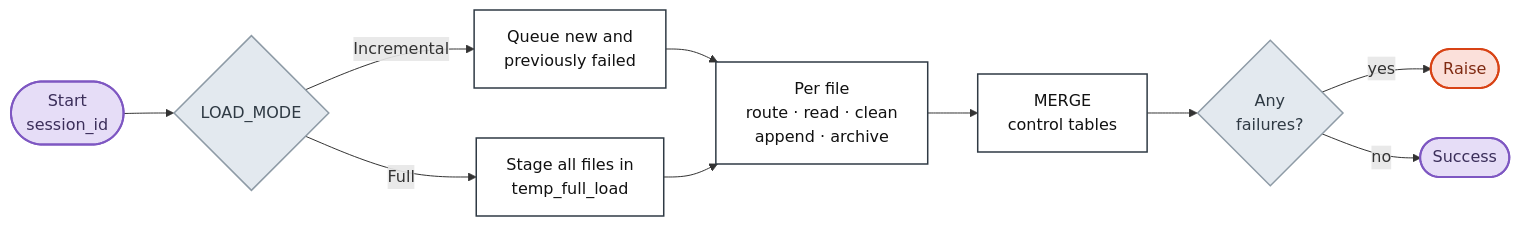
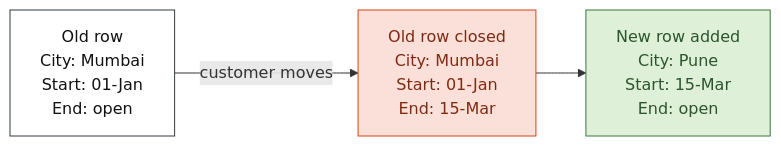
The third of 4 diagrams in README.md (ghanshyamhadiya/Supply_chain), drawn with Mermaid before and after one commit. The commit also changed other lines of this file, not shown here.

````diff
--- a/README.md
+++ b/README.md
@@ -82,22 +109,12 @@
 ```mermaid
 flowchart LR
-    A(["Start<br/>session_id"]) --> B{"LOAD_MODE"}
-    B -->|Incremental| C["Queue new and<br/>previously failed"]
-    B -->|Full| D["Stage all files in<br/>temp_full_load"]
-    C --> E["Per file<br/>route · read · clean<br/>append · archive"]
-    D --> E
-    E --> F["MERGE<br/>control tables"]
-    F --> G{"Any<br/>failures?"}
-    G -->|yes| H(["Raise"])
-    G -->|no| I(["Success"])
+    A["Old row<br/>City: Mumbai<br/>Start: 01-Jan<br/>End: open"] -->|"customer moves"| B["Old row closed<br/>City: Mumbai<br/>Start: 01-Jan<br/>End: 15-Mar"]
+    B --> C["New row added<br/>City: Pune<br/>Start: 15-Mar<br/>End: open"]
 
-    classDef step fill:#FFFFFF,stroke:#2F3A44,stroke-width:1.5px,color:#111111
-    classDef dec fill:#E3E9EF,stroke:#8E9BA6,stroke-width:1.5px,color:#2F3A44
-    classDef term fill:#E6DDF7,stroke:#7E57C2,stroke-width:2px,color:#3B2E5A
-    classDef bad fill:#FBE0DA,stroke:#D84315,stroke-width:2px,color:#7F2A12
-
-    class C,D,E,F step
-    class B,G dec
-    class A,I term
-    class H bad
+    classDef old fill:#FBE0DA,stroke:#D84315,color:#7F2A12
+    classDef cur fill:#DFF0D8,stroke:#3C763D,color:#2B542C
+    classDef was fill:#FFFFFF,stroke:#2F3A44,color:#111111
+    class A was
+    class B old
+    class C cur
 ```
````
